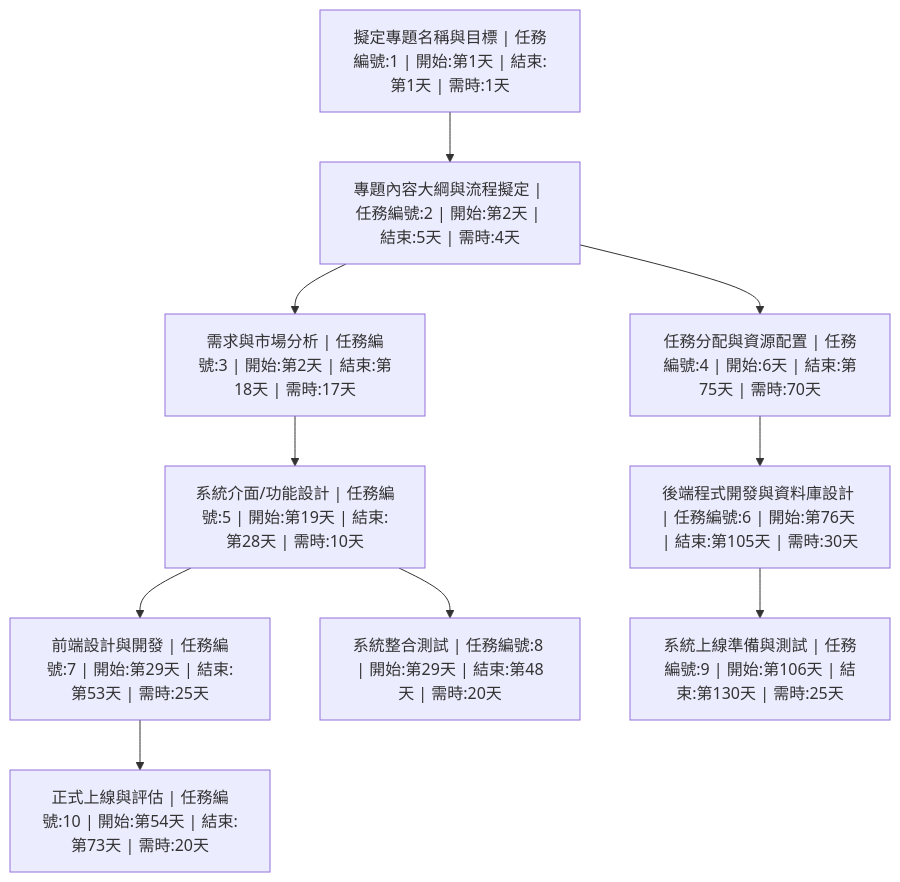
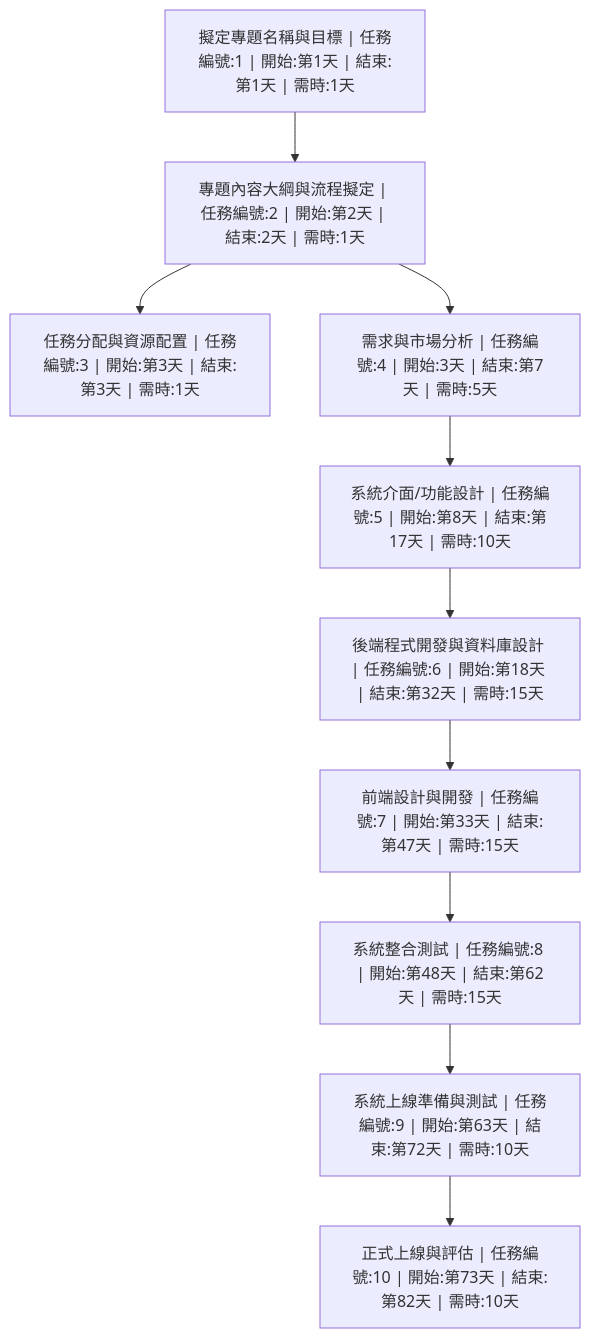
The first of 2 diagrams in README.md (zoeyyy-93/113_CourseTopics), drawn with Mermaid before and after one commit. The commit also changed other lines of this file, not shown here.

````diff
--- a/README.md
+++ b/README.md
@@ -11,19 +11,19 @@
 ```mermaid
 graph TD	
-    no1["擬定專題名稱與目標 | 任務編號:1 | 開始:第1天 | 結束:第1天 | 需時:1天"] --> no2["專題內容大綱與流程擬定 | 任務編號:2 | 開始:第2天 | 結束:5天 | 需時:4天"]    
-    no2 --> no3["需求與市場分析 | 任務編號:3 | 開始:第2天 | 結束:第18天 | 需時:17天"]
+    no1["擬定專題名稱與目標 | 任務編號:1 | 開始:第1天 | 結束:第1天 | 需時:1天"] --> no2["專題內容大綱與流程擬定 | 任務編號:2 | 開始:第2天 | 結束:2天 | 需時:1天"]    
+    no2 --> no3["任務分配與資源配置 | 任務編號:3 | 開始:第3天 | 結束:第3天 | 需時:1天"]
       
-    no2 --> no4["任務分配與資源配置 | 任務編號:4 | 開始:6天 | 結束:第75天 | 需時:70天"]
+    no2 --> no4["需求與市場分析 | 任務編號:4 | 開始:3天 | 結束:第7天 | 需時:5天"]
     
-    no3 --> no5["系統介面/功能設計 | 任務編號:5 | 開始:第19天 | 結束:第28天 | 需時:10天"]
+    no4 --> no5["系統介面/功能設計 | 任務編號:5 | 開始:第8天 | 結束:第17天 | 需時:10天"]
     
-    no4 --> no6["後端程式開發與資料庫設計 | 任務編號:6 | 開始:第76天 | 結束:第105天 | 需時:30天"]
+    no5 --> no6["後端程式開發與資料庫設計 | 任務編號:6 | 開始:第18天 | 結束:第32天 | 需時:15天"]
     
-    no5 --> no7["前端設計與開發 | 任務編號:7 | 開始:第29天 | 結束:第53天 | 需時:25天"]
-    no5 --> no8["系統整合測試 | 任務編號:8 | 開始:第29天 | 結束:第48天 | 需時:20天"]
+    no6 --> no7["前端設計與開發 | 任務編號:7 | 開始:第33天 | 結束:第47天 | 需時:15天"]
+    no7 --> no8["系統整合測試 | 任務編號:8 | 開始:第48天 | 結束:第62天 | 需時:15天"]
     
-    no6 --> no9["系統上線準備與測試 | 任務編號:9 | 開始:第106天 | 結束:第130天 | 需時:25天"]
+    no8 --> no9["系統上線準備與測試 | 任務編號:9 | 開始:第63天 | 結束:第72天 | 需時:10天"]
     
-    no7 --> no10["正式上線與評估 | 任務編號:10 | 開始:第54天 | 結束:第73天 | 需時:20天"]
+    no9 --> no10["正式上線與評估 | 任務編號:10 | 開始:第73天 | 結束:第82天 | 需時:10天"]
    
 ```
````
